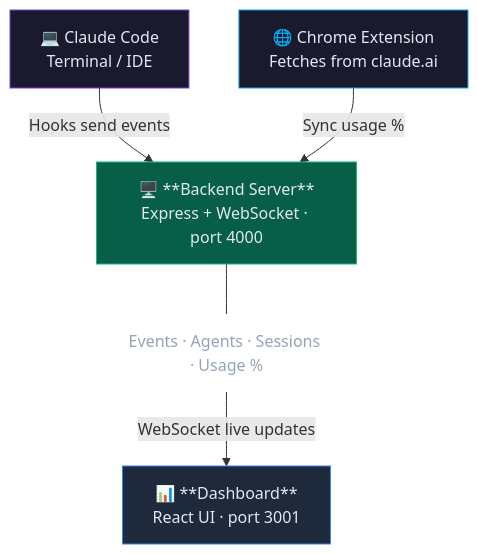
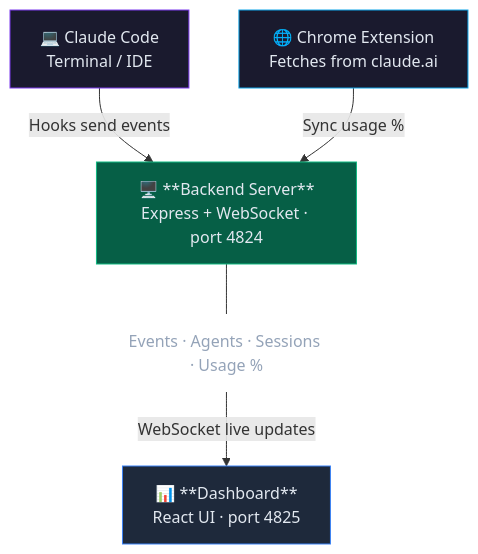
Before and after one commit to suparerk9x/Oh-My-Claude: the diagram in README.md, drawn with Mermaid. The commit also changed other lines of this file and 23 other files, not shown here.

````diff
--- a/README.md
+++ b/README.md
@@ -245,22 +245,22 @@
 ```mermaid
 flowchart TD
     CC["💻 Claude Code\nTerminal / IDE"]
     CE["🌐 Chrome Extension\nFetches from claude.ai"]
 
     CC -->|"Hooks send events"| BS
     CE -->|"Sync usage %"| BS
 
-    BS["🖥️ **Backend Server**\nExpress + WebSocket · port 4000"]
+    BS["🖥️ **Backend Server**\nExpress + WebSocket · port 4824"]
 
     BS --- Data["Events · Agents · Sessions · Usage %"]
 
     Data -->|"WebSocket live updates"| DB
 
-    DB["📊 **Dashboard**\nReact UI · port 3001"]
+    DB["📊 **Dashboard**\nReact UI · port 4825"]
 
     style CC fill:#1a1a2e,stroke:#7c3aed,color:#e2e8f0
     style CE fill:#1a1a2e,stroke:#0ea5e9,color:#e2e8f0
     style BS fill:#065f46,stroke:#10b981,color:#e2e8f0
     style Data fill:none,stroke:none,color:#94a3b8
     style DB fill:#1e293b,stroke:#3b82f6,color:#e2e8f0
 ```
````
